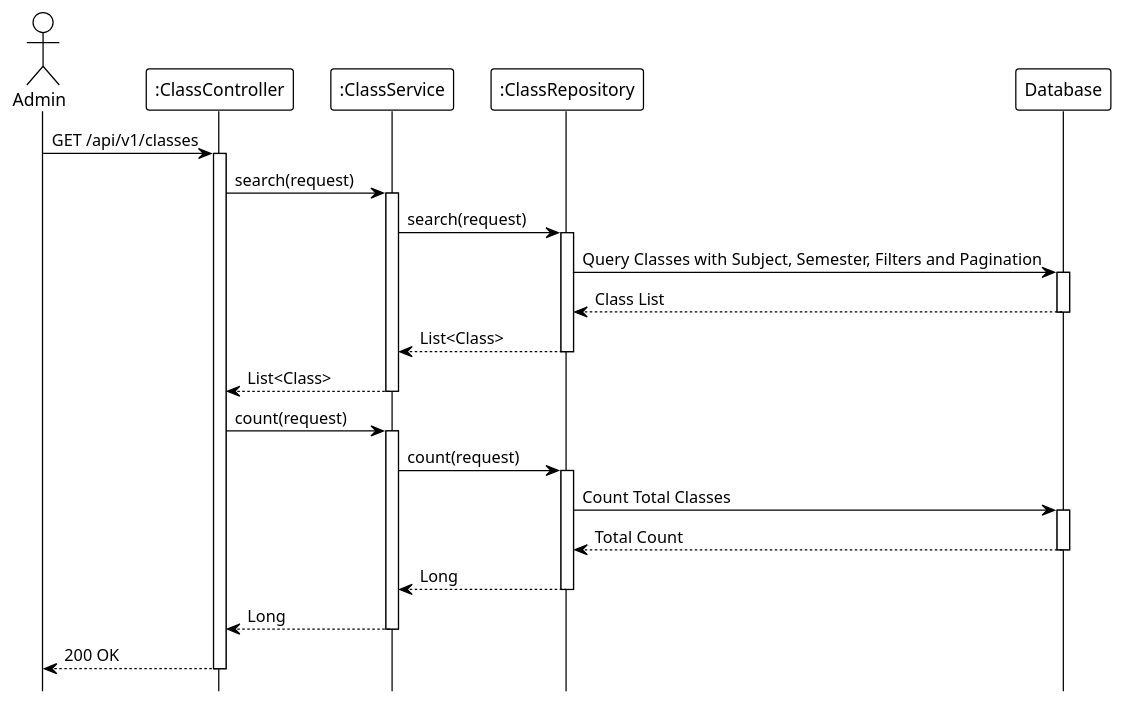
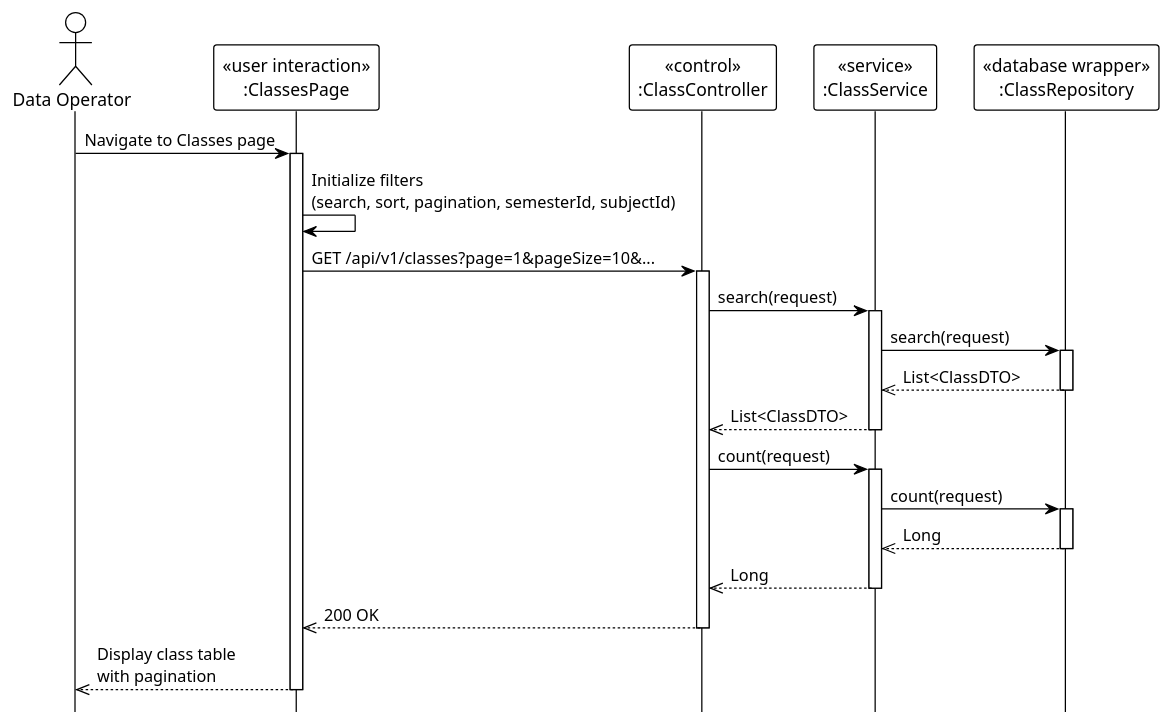
The diagram in system_detailed_design/23_view_list_class/sequence_diagram_view_list_class.puml (Ndh474/context), drawn with PlantUML before and after one commit. The commit also changed 5 other files, not shown here.

Commit message:
docs(system_detailed_design): add UML stereotypes to class sequence diagrams

```diff
--- a/system_detailed_design/23_view_list_class/sequence_diagram_view_list_class.puml
+++ b/system_detailed_design/23_view_list_class/sequence_diagram_view_list_class.puml
@@ -1,56 +1,49 @@
 @startuml view_list_class
 !theme plain
 hide footbox
 
-actor Admin
-participant ":ClassController" as Controller
-participant ":ClassService" as Service
-participant ":ClassRepository" as Repository
-participant "Database" as DB
+actor "Data Operator" as DataOperator
 
-' --- MAIN FLOW ---
-Admin -> Controller: GET /api/v1/classes
+participant "«user interaction»\n:ClassesPage" as UI
+participant "«control»\n:ClassController" as Controller
+participant "«service»\n:ClassService" as Service
+participant "«database wrapper»\n:ClassRepository" as Repository
+
+' === MAIN FLOW ===
+DataOperator -> UI: Navigate to Classes page
+activate UI
+
+UI -> UI: Initialize filters\n(search, sort, pagination, semesterId, subjectId)
+
+UI -> Controller: GET /api/v1/classes?page=1&pageSize=10&...
 activate Controller
 
 Controller -> Service: search(request)
 activate Service
 
-' --- SEARCH QUERY ---
 Service -> Repository: search(request)
 activate Repository
-
-Repository -> DB: Query Classes with Subject, Semester, Filters and Pagination
-activate DB
-DB --> Repository: Class List
-deactivate DB
-
-Repository --> Service: List<Class>
+Repository -->> Service: List<ClassDTO>
 deactivate Repository
 
-Service --> Controller: List<Class>
+Service -->> Controller: List<ClassDTO>
 deactivate Service
 
-' --- COUNT QUERY ---
 Controller -> Service: count(request)
 activate Service
 
 Service -> Repository: count(request)
 activate Repository
-
-Repository -> DB: Count Total Classes
-activate DB
-DB --> Repository: Total Count
-deactivate DB
-
-Repository --> Service: Long
+Repository -->> Service: Long
 deactivate Repository
 
-Service --> Controller: Long
+Service -->> Controller: Long
 deactivate Service
 
-' Build paging response (internal)
-
-Controller --> Admin: 200 OK
+Controller -->> UI: 200 OK
 deactivate Controller
 
+UI -->> DataOperator: Display class table\nwith pagination
+deactivate UI
+
 @enduml
```
